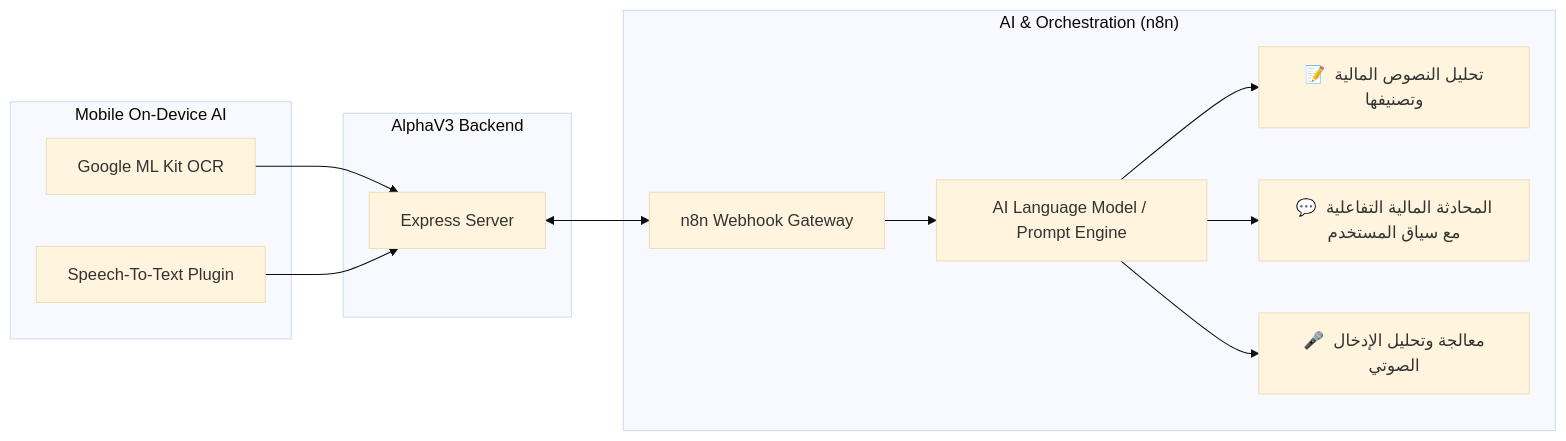
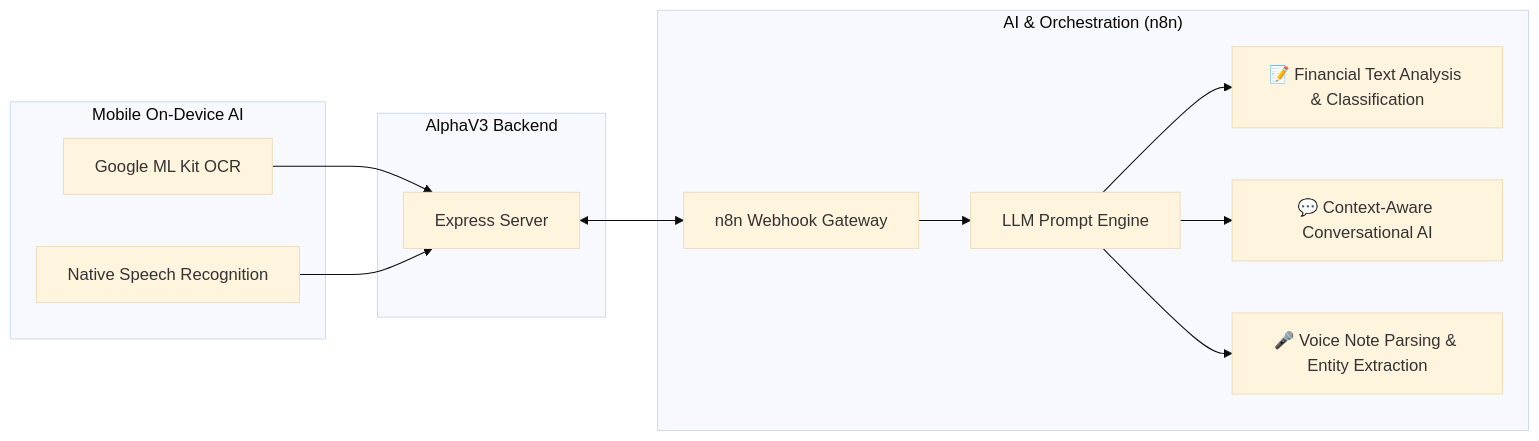
Before and after one commit to mohammadbzoor/AlphaAPP: the second of 8 diagrams in README.md, drawn with Mermaid (base theme). The commit also changed other lines of this file, not shown here.

````diff
--- a/README.md
+++ b/README.md
@@ -83,27 +82,27 @@
 ```mermaid
 graph LR
     subgraph "AlphaV3 Backend"
         A[Express Server]
     end
 
     subgraph "AI & Orchestration (n8n)"
         B[n8n Webhook Gateway]
-        C[AI Language Model / Prompt Engine]
-        D[📝 تحليل النصوص المالية وتصنيفها]
-        E[💬 المحادثة المالية التفاعلية مع سياق المستخدم]
-        F[🎤 معالجة وتحليل الإدخال الصوتي]
+        C[LLM Prompt Engine]
+        D[📝 Financial Text Analysis & Classification]
+        E[💬 Context-Aware Conversational AI]
+        F[🎤 Voice Note Parsing & Entity Extraction]
     end
 
     subgraph "Mobile On-Device AI"
         G[Google ML Kit OCR]
-        H[Speech-To-Text Plugin]
+        H[Native Speech Recognition]
     end
 
     A <--> B
     B --> C
     C --> D
     C --> E
     C --> F
     G --> A
     H --> A
 ```
````
